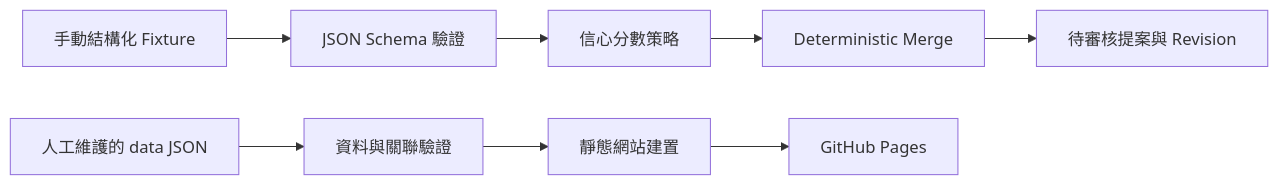
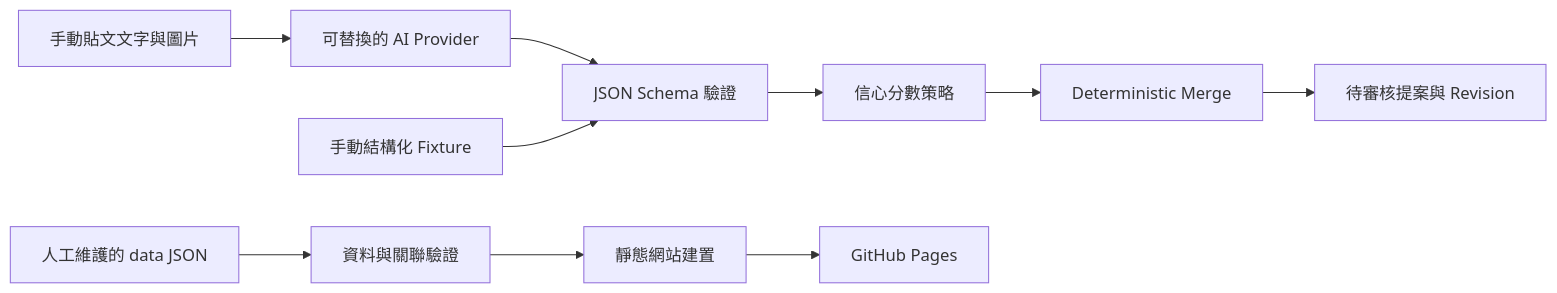
Before and after one commit to Tony0921/Meridian-Schedule: the diagram in README.md, drawn with Mermaid. The commit also changed other lines of this file and 19 other files, not shown here.

````diff
--- a/README.md
+++ b/README.md
@@ -9,10 +11,12 @@
 ```mermaid
 flowchart LR
-    Manual[手動結構化 Fixture] --> Schema[JSON Schema 驗證]
+    Manual[手動貼文文字與圖片] --> AI[可替換的 AI Provider]
+    AI --> Schema[JSON Schema 驗證]
+    Fixture[手動結構化 Fixture] --> Schema
     Schema --> Policy[信心分數策略]
     Policy --> Merge[Deterministic Merge]
     Merge --> Proposal[待審核提案與 Revision]
     Data[人工維護的 data JSON] --> Validate[資料與關聯驗證]
     Validate --> Build[靜態網站建置]
     Build --> Pages[GitHub Pages]
 ```
````
